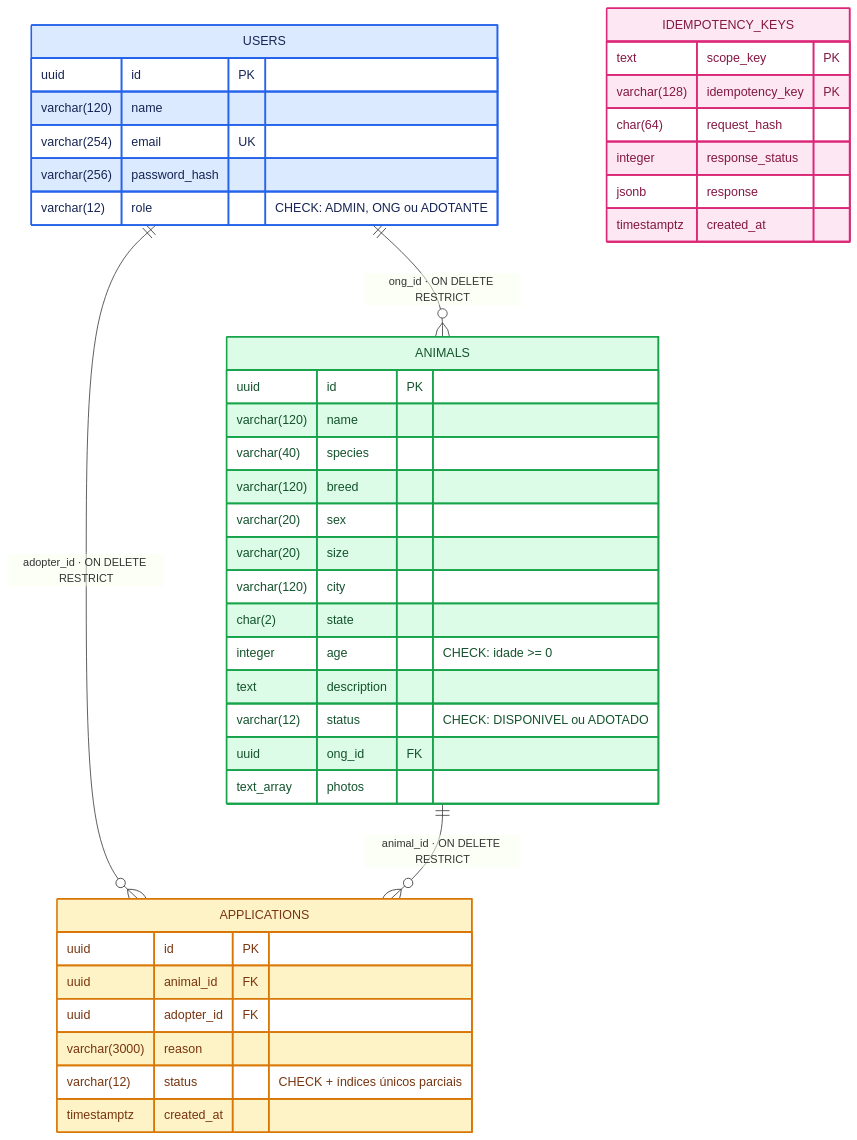
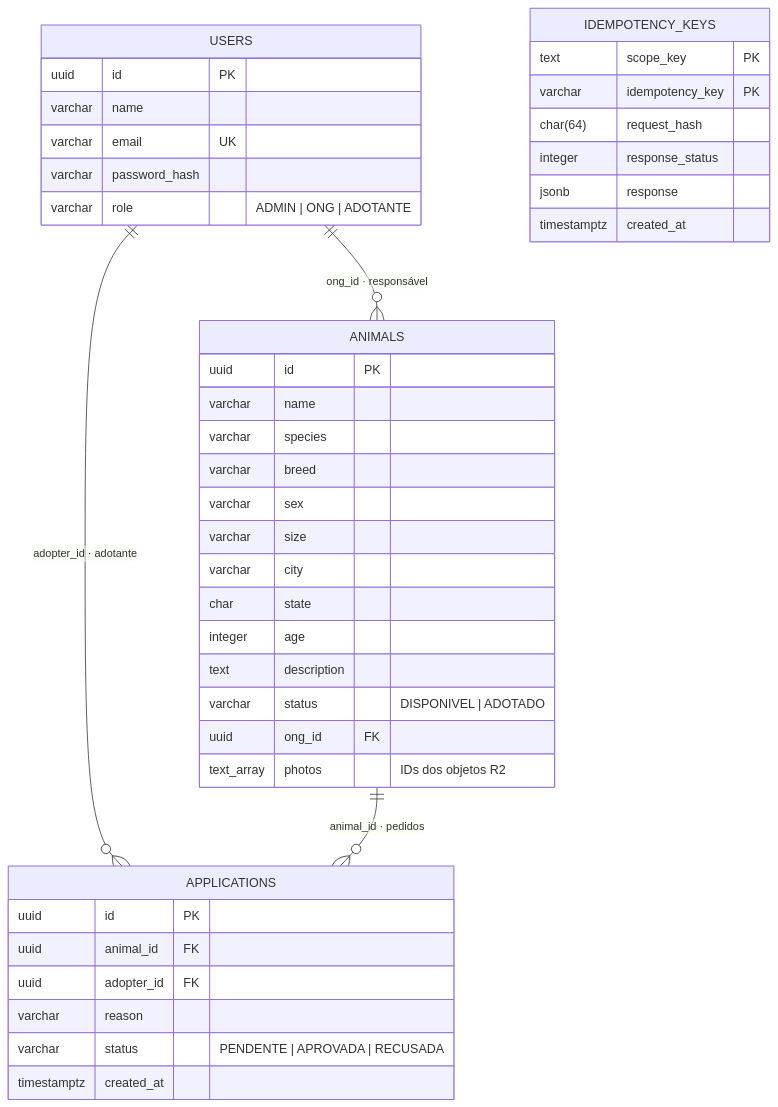
The diagram in docs/arquitetura/diagramas/04-modelo-relacional.mmd (KerollayneAkemy/API--ADOTAPET), drawn with Mermaid before and after one commit. The commit also changed 10 other files, not shown here.

Commit message:
docs: refazer diagramas C4 e UML do AdotaPet

```diff
--- a/docs/arquitetura/diagramas/04-modelo-relacional.mmd
+++ b/docs/arquitetura/diagramas/04-modelo-relacional.mmd
@@ -1,55 +1,50 @@
 erDiagram
-  USERS ||--o{ ANIMALS : "ong_id · ON DELETE RESTRICT"
-  USERS ||--o{ APPLICATIONS : "adopter_id · ON DELETE RESTRICT"
-  ANIMALS ||--o{ APPLICATIONS : "animal_id · ON DELETE RESTRICT"
+  USERS ||--o{ ANIMALS : "ong_id · responsável"
+  USERS ||--o{ APPLICATIONS : "adopter_id · adotante"
+  ANIMALS ||--o{ APPLICATIONS : "animal_id · pedidos"
 
   USERS {
     uuid id PK
-    varchar(120) name
-    varchar(254) email UK
-    varchar(256) password_hash
-    varchar(12) role "CHECK: ADMIN, ONG ou ADOTANTE"
+    varchar name
+    varchar email UK
+    varchar password_hash
+    varchar role "ADMIN | ONG | ADOTANTE"
   }
 
   ANIMALS {
     uuid id PK
-    varchar(120) name
-    varchar(40) species
-    varchar(120) breed
-    varchar(20) sex
-    varchar(20) size
-    varchar(120) city
-    char(2) state
-    integer age "CHECK: idade >= 0"
+    varchar name
+    varchar species
+    varchar breed
+    varchar sex
+    varchar size
+    varchar city
+    char state
+    integer age
     text description
-    varchar(12) status "CHECK: DISPONIVEL ou ADOTADO"
+    varchar status "DISPONIVEL | ADOTADO"
     uuid ong_id FK
-    text_array photos
+    text_array photos "IDs dos objetos R2"
   }
 
   APPLICATIONS {
     uuid id PK
     uuid animal_id FK
     uuid adopter_id FK
-    varchar(3000) reason
-    varchar(12) status "CHECK + índices únicos parciais"
+    varchar reason
+    varchar status "PENDENTE | APROVADA | RECUSADA"
     timestamptz created_at
   }
 
   IDEMPOTENCY_KEYS {
     text scope_key PK
-    varchar(128) idempotency_key PK
+    varchar idempotency_key PK
     char(64) request_hash
     integer response_status
     jsonb response
     timestamptz created_at
   }
 
-  %% Chave primária composta: (scope_key, idempotency_key). A tabela não possui FK de usuário.
-  %% Índices parciais impedem mais de um pedido pendente por adotante/animal e mais de uma aprovação por animal.
-  %% CHECKs restringem papéis, status e idade; schema_migrations registra as migrações aplicadas.
-
-  style USERS fill:#DBEAFE,stroke:#2563EB,stroke-width:2px,color:#172554
-  style ANIMALS fill:#DCFCE7,stroke:#16A34A,stroke-width:2px,color:#14532D
-  style APPLICATIONS fill:#FEF3C7,stroke:#D97706,stroke-width:2px,color:#78350F
-  style IDEMPOTENCY_KEYS fill:#FCE7F3,stroke:#DB2777,stroke-width:2px,color:#831843
+  %% O par (scope_key, idempotency_key) identifica cada operação durável.
+  %% Índices parciais permitem um pedido pendente por adotante/animal e uma aprovação por animal.
+  %% A tabela de migrações é infraestrutura interna, não dado de domínio.
```
